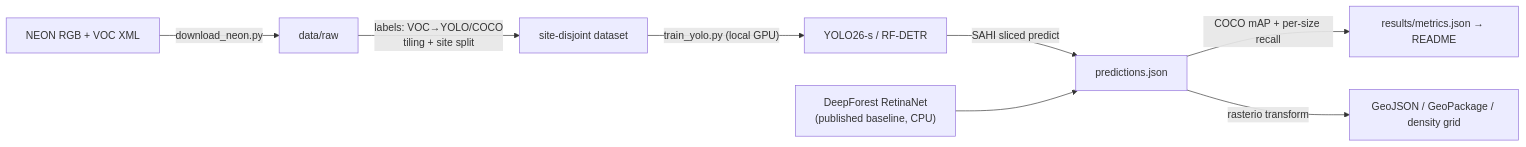
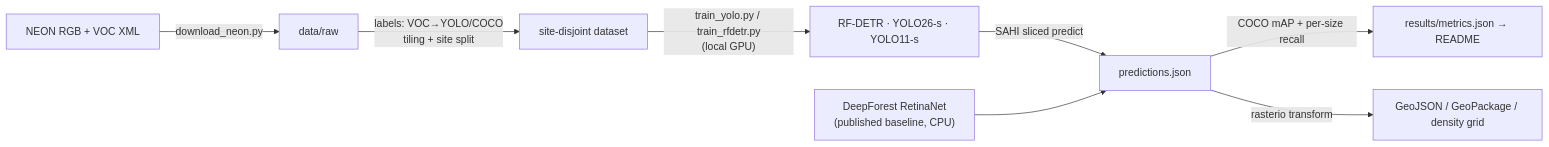
One commit to tarpous/urban-canopy-detection changed the diagram in README.md. Above: the diagram before and after it, drawn with Mermaid. The commit also changed other lines of this file and 10 other files, not shown here.

````diff
--- a/README.md
+++ b/README.md
@@ -66,10 +68,10 @@
 ```mermaid
 flowchart LR
     NEON["NEON RGB + VOC XML"] -->|"download_neon.py"| RAW["data/raw"]
     RAW -->|"labels: VOC→YOLO/COCO<br/>tiling + site split"| DS["site-disjoint dataset"]
-    DS -->|"train_yolo.py (local GPU)"| M["YOLO26-s / RF-DETR"]
+    DS -->|"train_yolo.py / train_rfdetr.py<br/>(local GPU)"| M["RF-DETR · YOLO26-s · YOLO11-s"]
     M -->|"SAHI sliced predict"| P["predictions.json"]
     DF["DeepForest RetinaNet<br/>(published baseline, CPU)"] --> P
     P -->|"COCO mAP + per-size recall"| RES["results/metrics.json → README"]
     P -->|"rasterio transform"| GEO["GeoJSON / GeoPackage / density grid"]
 ```
````
